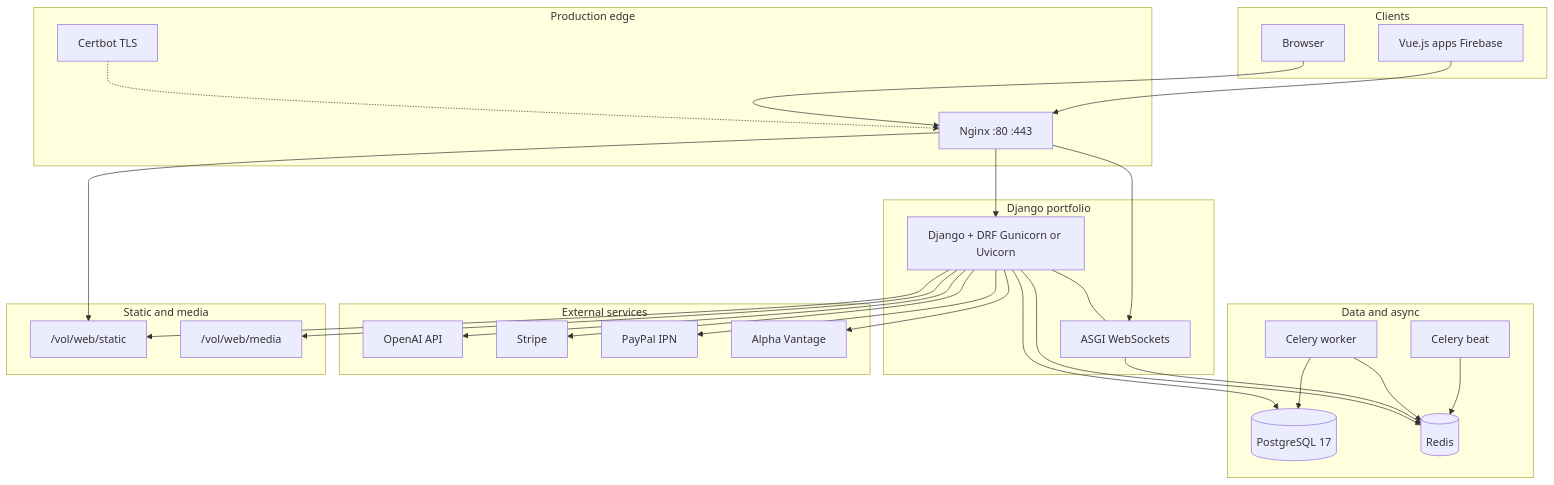
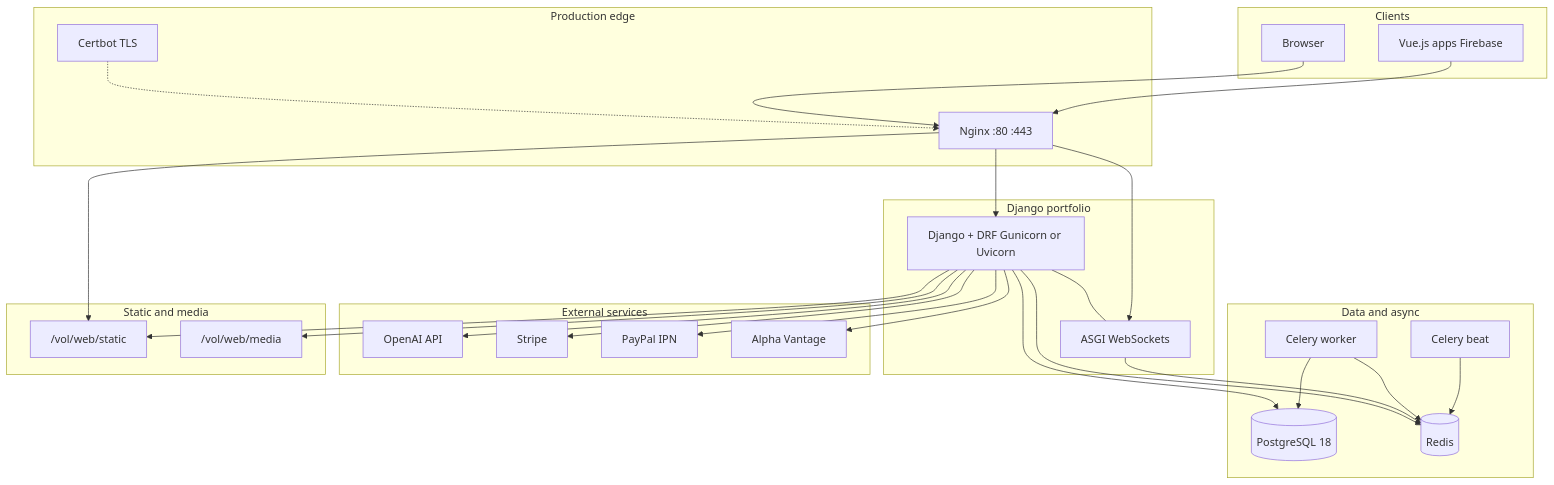
Before and after one commit to SerhiiKarnaukh/karnetic-labs: the diagram in README.md, drawn with Mermaid. The commit also changed other lines of this file, not shown here.

Commit message:
[core] - Updated README.md to reflect changes in technology stack, including upgrades to Django, PostgreSQL, and other dependencies; improved clarity on runtime environment and testing tools.

````diff
--- a/README.md
+++ b/README.md
@@ -80,56 +82,56 @@
 ```mermaid
 flowchart TB
   subgraph clients [Clients]
     Browser[Browser]
     Vue[Vue.js apps Firebase]
   end
 
   subgraph proxy_layer [Production edge]
     Nginx["Nginx :80 :443"]
     Certbot[Certbot TLS]
     Certbot -.-> Nginx
   end
 
   subgraph app [Django portfolio]
     Django["Django + DRF Gunicorn or Uvicorn"]
     ASGI[ASGI WebSockets]
     Django --- ASGI
   end
 
   subgraph data [Data and async]
-    PG[(PostgreSQL 17)]
+    PG[(PostgreSQL 18)]
     Redis[(Redis)]
     CeleryW[Celery worker]
     CeleryB[Celery beat]
     Django --> PG
     Django --> Redis
     ASGI --> Redis
     CeleryW --> Redis
     CeleryW --> PG
     CeleryB --> Redis
   end
 
   subgraph external [External services]
     OpenAI[OpenAI API]
     Stripe[Stripe]
     PayPal[PayPal IPN]
     AlphaV[Alpha Vantage]
     Django --> OpenAI
     Django --> Stripe
     Django --> PayPal
     Django --> AlphaV
   end
 
   Browser --> Nginx
   Vue --> Nginx
   Nginx --> Django
   Nginx --> ASGI
 
   subgraph static [Static and media]
     StaticVol["/vol/web/static"]
     MediaVol["/vol/web/media"]
     Django --> StaticVol
     Django --> MediaVol
     Nginx --> StaticVol
   end
 ```
````
